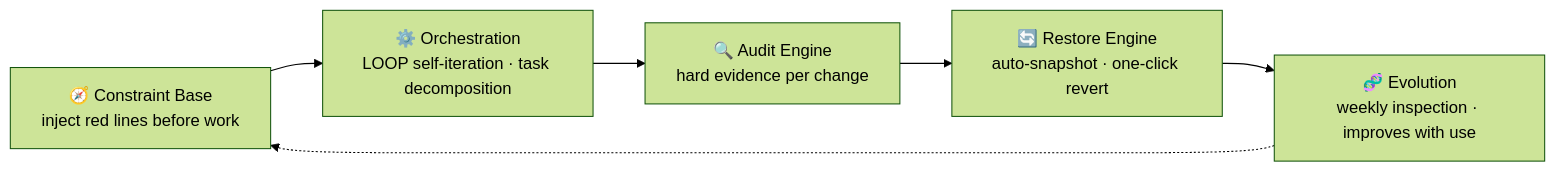
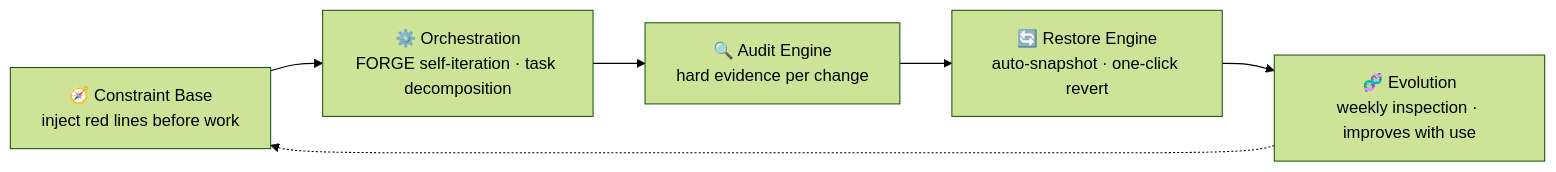
One commit to KongFangXun/sofagent changed the diagram in README.en.md. Above: the diagram before and after it, drawn with Mermaid (forest theme). The commit also changed other lines of this file and 38 other files, not shown here.

````diff
--- a/README.en.md
+++ b/README.en.md
@@ -156,8 +156,8 @@
 ```mermaid
 flowchart LR
-    CB[🧭 Constraint Base<br/>inject red lines before work] --> OR[⚙️ Orchestration<br/>LOOP self-iteration · task decomposition]
+    CB[🧭 Constraint Base<br/>inject red lines before work] --> OR[⚙️ Orchestration<br/>FORGE self-iteration · task decomposition]
     OR --> AU[🔍 Audit Engine<br/>hard evidence per change]
     AU --> RE[🔄 Restore Engine<br/>auto-snapshot · one-click revert]
     RE --> EV[🧬 Evolution<br/>weekly inspection · improves with use]
     EV -.-> CB
 ```
````
